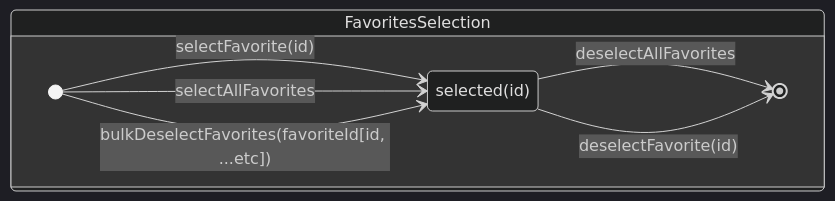
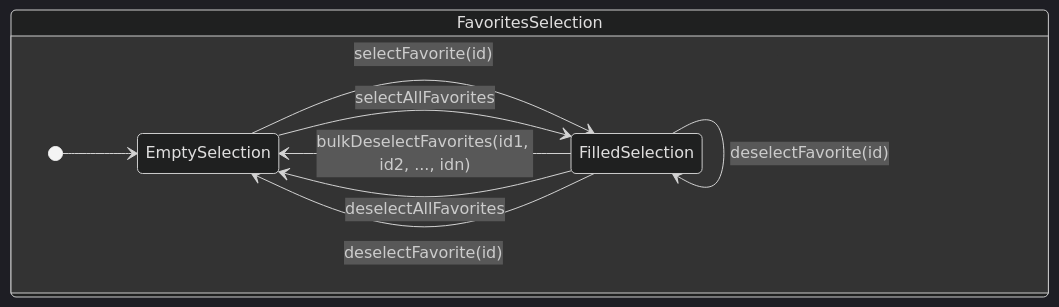
The second of 3 diagrams in README.md (grancalavera/reactive-recipes), drawn with Mermaid (dark theme) before and after one commit.

Commit message:
change diagram for favs manager
now it represents the entire state and not just a row

````diff
--- a/README.md
+++ b/README.md
@@ -86,11 +86,14 @@
 ```mermaid
 stateDiagram-v2
 state FavoritesSelection {
   direction LR
-  [*] --> selected(id): selectFavorite(id)
-  [*] --> selected(id): selectAllFavorites
-  [*] --> selected(id): bulkDeselectFavorites(favoriteId[id, ...etc])
-  selected(id) --> [*]: deselectAllFavorites
-  selected(id) --> [*]: deselectFavorite(id)
+  [*] --> EmptySelection
+  EmptySelection --> FilledSelection: selectFavorite(id)
+  EmptySelection --> FilledSelection: selectAllFavorites
+  FilledSelection --> FilledSelection: bulkDeselectFavorites(id1, id2, ..., idn)
+  FilledSelection --> EmptySelection: bulkDeselectFavorites(id1, id2, ..., idn)
+  FilledSelection --> EmptySelection: deselectAllFavorites
+  FilledSelection --> EmptySelection: deselectFavorite(id)
+  FilledSelection --> FilledSelection: deselectFavorite(id)
 }
 ```
````
